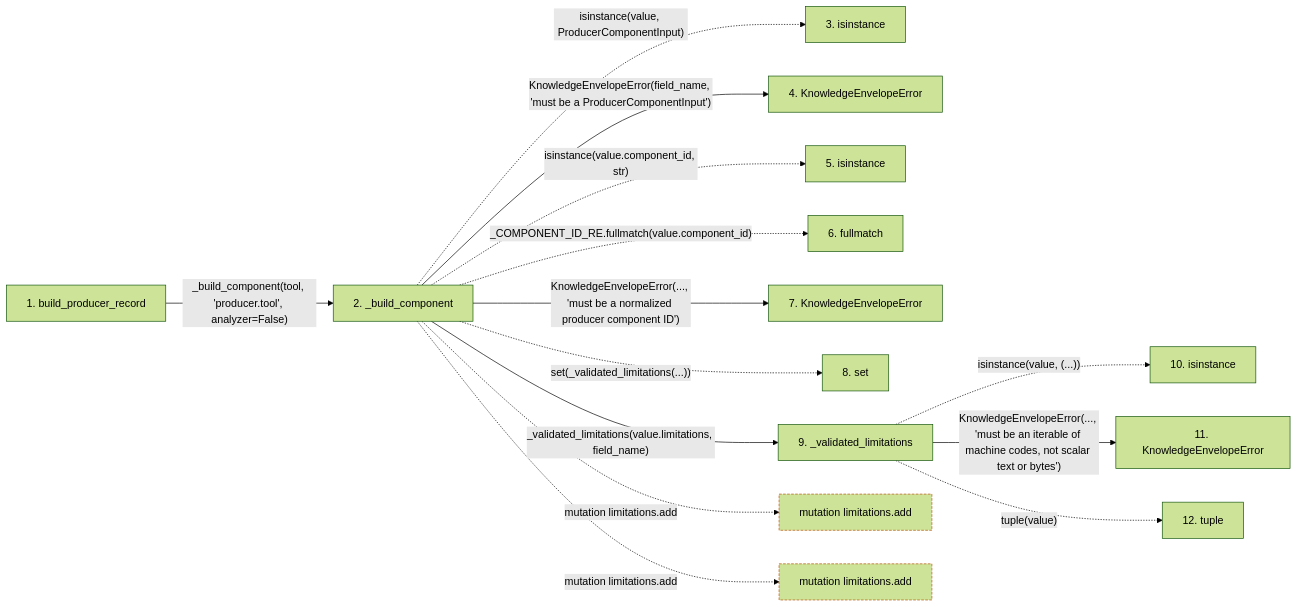
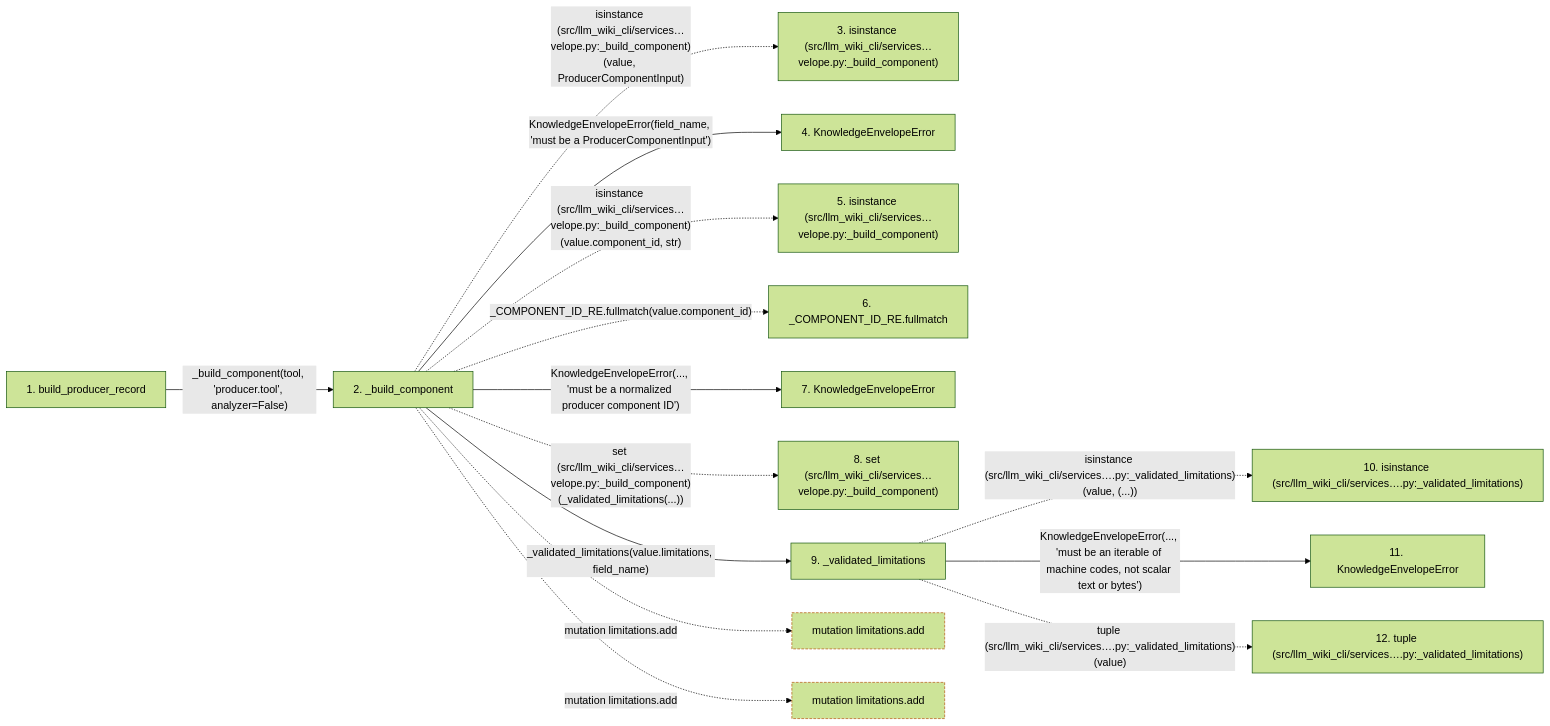
Before and after one commit to Denissvgn/python-wiki-llm: the second of 2 diagrams in docs/llm_wiki/flows/api-build_producer_record.md, drawn with Mermaid (forest theme). The commit also changed other lines of this file and 719 other files, not shown here.

````diff
--- a/docs/llm_wiki/flows/api-build_producer_record.md
+++ b/docs/llm_wiki/flows/api-build_producer_record.md
@@ -65,39 +69,39 @@
 ```mermaid
 flowchart LR
     s1["1. build_producer_record"]
     s2["2. _build_component"]
-    s3["3. isinstance"]
+    s3["3. isinstance (src/llm_wiki_cli/services…velope.py:_build_component)"]
     s4["4. KnowledgeEnvelopeError"]
-    s5["5. isinstance"]
-    s6["6. fullmatch"]
+    s5["5. isinstance (src/llm_wiki_cli/services…velope.py:_build_component)"]
+    s6["6. _COMPONENT_ID_RE.fullmatch"]
     s7["7. KnowledgeEnvelopeError"]
-    s8["8. set"]
+    s8["8. set (src/llm_wiki_cli/services…velope.py:_build_component)"]
     s9["9. _validated_limitations"]
-    s10["10. isinstance"]
+    s10["10. isinstance (src/llm_wiki_cli/services….py:_validated_limitations)"]
     s11["11. KnowledgeEnvelopeError"]
-    s12["12. tuple"]
+    s12["12. tuple (src/llm_wiki_cli/services….py:_validated_limitations)"]
     s1 -->|"_build_component(tool, 'producer.tool', analyzer=False)"| s2
-    s2 -. "isinstance(value, ProducerComponentInput)" .-> s3
+    s2 -. "isinstance (src/llm_wiki_cli/services…velope.py:_build_component)(value, ProducerComponentInput)" .-> s3
     s2 -->|"KnowledgeEnvelopeError(field_name, 'must be a ProducerComponentInput')"| s4
-    s2 -. "isinstance(value.component_id, str)" .-> s5
+    s2 -. "isinstance (src/llm_wiki_cli/services…velope.py:_build_component)(value.component_id, str)" .-> s5
     s2 -. "_COMPONENT_ID_RE.fullmatch(value.component_id)" .-> s6
     s2 -->|"KnowledgeEnvelopeError(..., 'must be a normalized producer component ID')"| s7
-    s2 -. "set(_validated_limitations(...))" .-> s8
+    s2 -. "set (src/llm_wiki_cli/services…velope.py:_build_component)(_validated_limitations(...))" .-> s8
     s2 -->|"_validated_limitations(value.limitations, field_name)"| s9
-    s9 -. "isinstance(value, (...))" .-> s10
+    s9 -. "isinstance (src/llm_wiki_cli/services….py:_validated_limitations)(value, (...))" .-> s10
     s9 -->|"KnowledgeEnvelopeError(..., 'must be an iterable of machine codes, not scalar text or bytes')"| s11
-    s9 -. "tuple(value)" .-> s12
+    s9 -. "tuple (src/llm_wiki_cli/services….py:_validated_limitations)(value)" .-> s12
     b0["mutation limitations.add"]
     s2 -. "mutation limitations.add" .-> b0
     b1["mutation limitations.add"]
     s2 -. "mutation limitations.add" .-> b1
     click s1 "../modules/knowledge_envelope.md"
     click s2 "../modules/knowledge_envelope.md"
     click s4 "../modules/knowledge_envelope.md"
     click s7 "../modules/knowledge_envelope.md"
     click s9 "../modules/knowledge_envelope.md"
     click s11 "../modules/knowledge_envelope.md"
     classDef boundary stroke:#b45309,stroke-dasharray: 4 2
     class b0 boundary
     class b1 boundary
 ```
````
